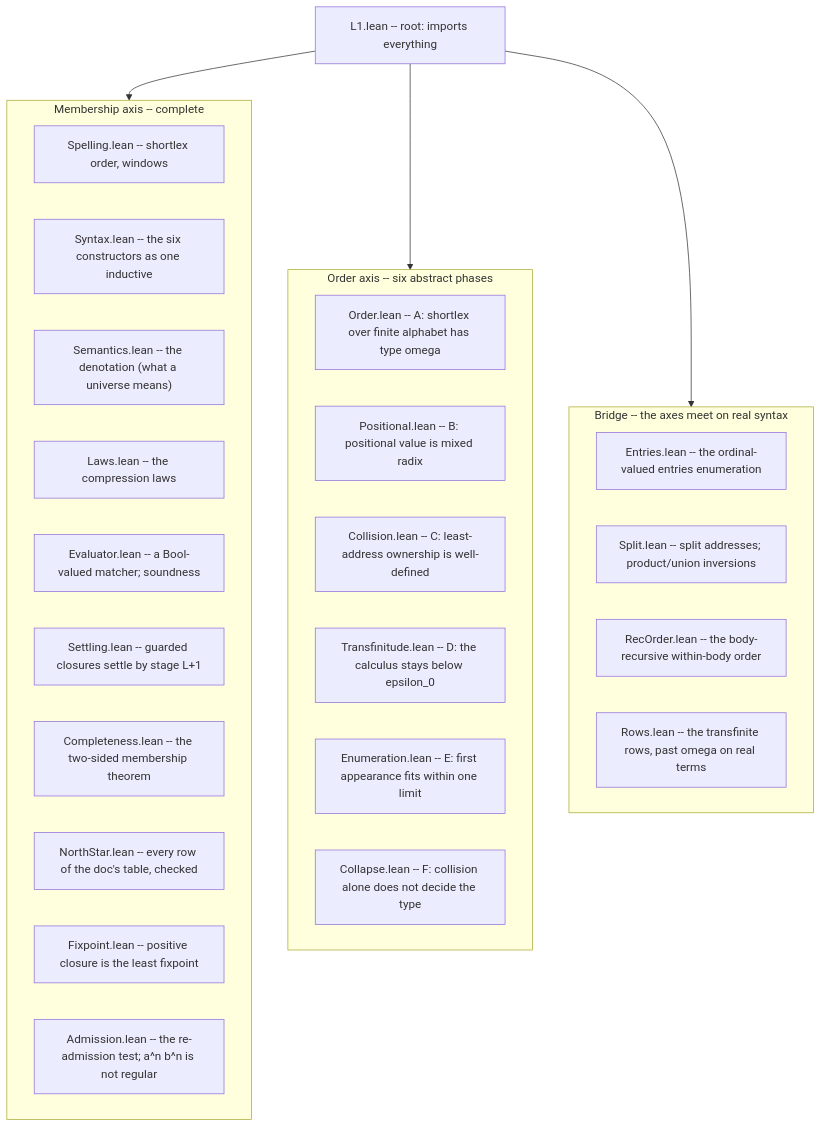
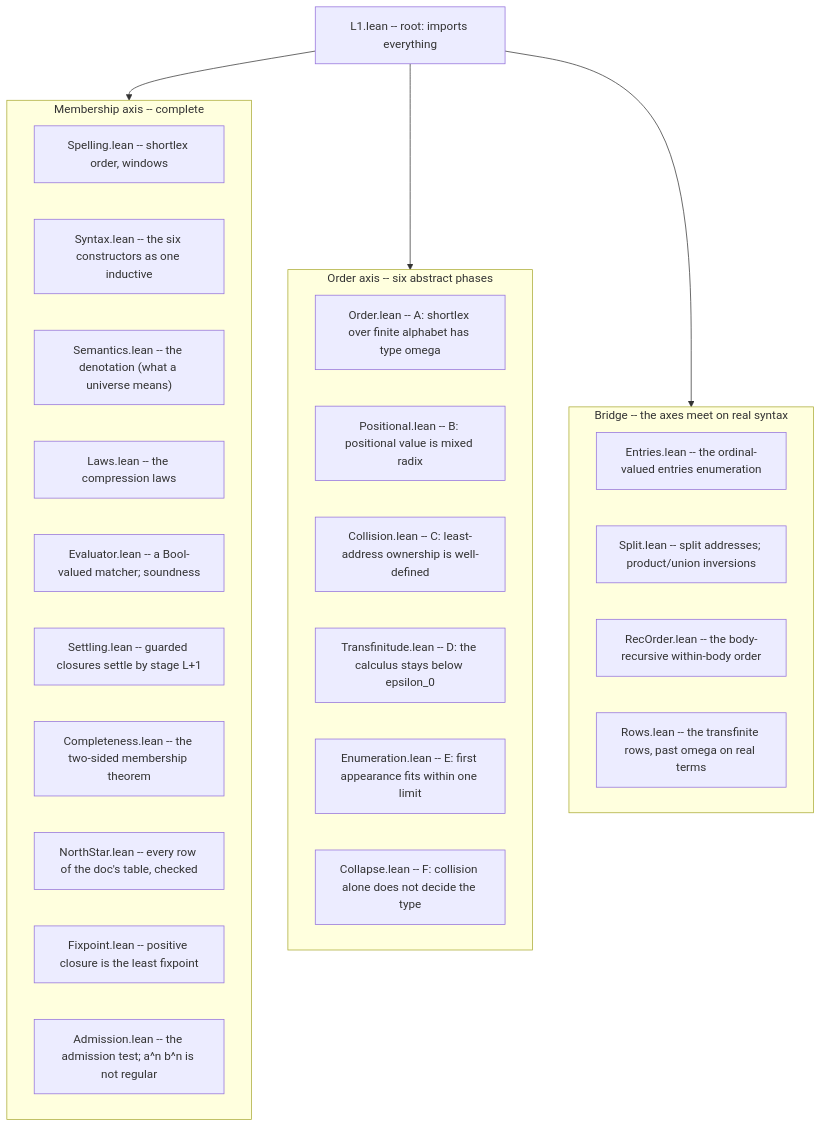
One commit to BinaryBand/hejmark changed the diagram in docs/learn/05-reading-the-mechanization.md. Above: the diagram before and after it, drawn with Mermaid. The commit also changed other lines of this file and 9 other files, not shown here.

````diff
--- a/docs/learn/05-reading-the-mechanization.md
+++ b/docs/learn/05-reading-the-mechanization.md
@@ -36,33 +36,33 @@
 ```mermaid
 graph TD
     Root["L1.lean -- root: imports everything"]
     subgraph Membership["Membership axis -- complete"]
         Sp["Spelling.lean -- shortlex order, windows"]
         Sy["Syntax.lean -- the six constructors as one inductive"]
         Se["Semantics.lean -- the denotation (what a universe means)"]
         La["Laws.lean -- the compression laws"]
         Ev["Evaluator.lean -- a Bool-valued matcher; soundness"]
         St["Settling.lean -- guarded closures settle by stage L+1"]
         Co["Completeness.lean -- the two-sided membership theorem"]
         Ns["NorthStar.lean -- every row of the doc's table, checked"]
         Fx["Fixpoint.lean -- positive closure is the least fixpoint"]
-        Ad["Admission.lean -- the re-admission test; a^n b^n is not regular"]
+        Ad["Admission.lean -- the admission test; a^n b^n is not regular"]
     end
     subgraph Order["Order axis -- six abstract phases"]
         Or["Order.lean -- A: shortlex over finite alphabet has type omega"]
         Po["Positional.lean -- B: positional value is mixed radix"]
         Cl["Collision.lean -- C: least-address ownership is well-defined"]
         Tr["Transfinitude.lean -- D: the calculus stays below epsilon_0"]
         En["Enumeration.lean -- E: first appearance fits within one limit"]
         Cp["Collapse.lean -- F: collision alone does not decide the type"]
     end
     subgraph Bridge["Bridge -- the axes meet on real syntax"]
         Be["Entries.lean -- the ordinal-valued entries enumeration"]
         Bs["Split.lean -- split addresses; product/union inversions"]
         Br["RecOrder.lean -- the body-recursive within-body order"]
         Bw["Rows.lean -- the transfinite rows, past omega on real terms"]
     end
     Root --> Membership
     Root --> Order
     Root --> Bridge
 ```
````
